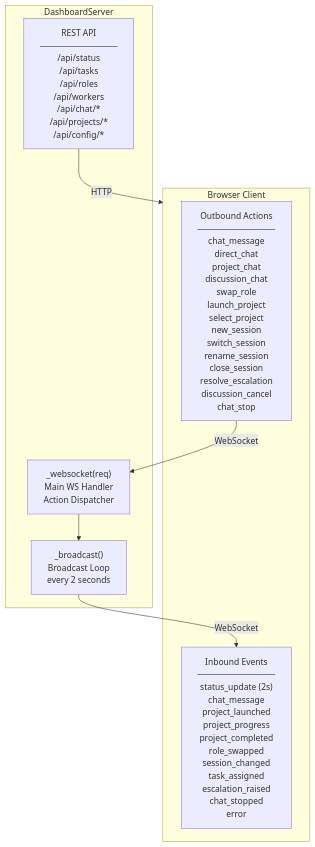
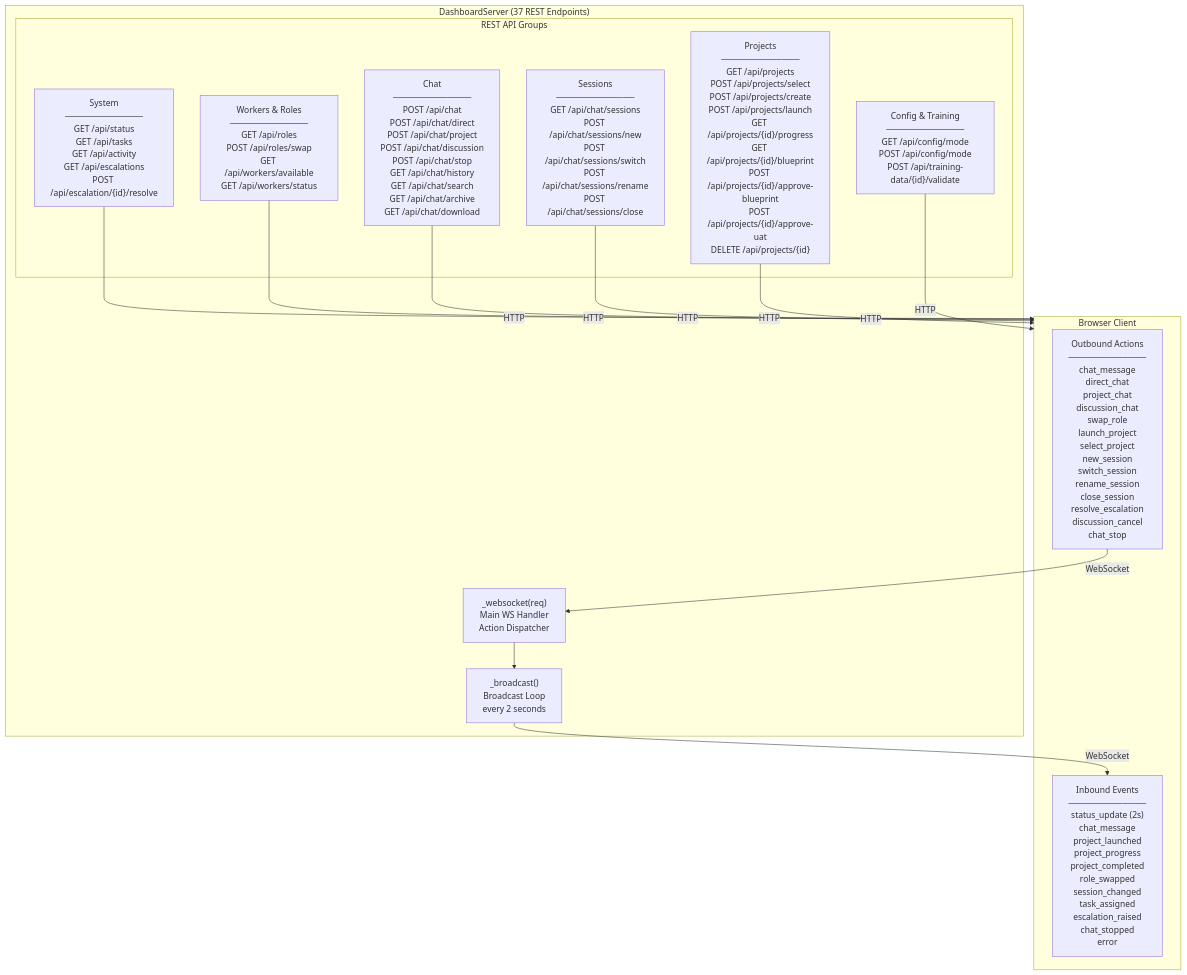
One commit to ai-meharbnsingh/llms_together changed the ninth of 14 diagrams in DaC_diagram.md. Above: the diagram before and after it, drawn with Mermaid. The commit also changed other lines of this file and 22 other files, not shown here.

````diff
--- a/DaC_diagram.md
+++ b/DaC_diagram.md
@@ -432,18 +580,25 @@
 ```mermaid
 graph TB
     subgraph CLIENT["Browser Client"]
         WS_OUT["Outbound Actions\n─────────────\nchat_message\ndirect_chat\nproject_chat\ndiscussion_chat\nswap_role\nlaunch_project\nselect_project\nnew_session\nswitch_session\nrename_session\nclose_session\nresolve_escalation\ndiscussion_cancel\nchat_stop"]
         WS_IN["Inbound Events\n─────────────\nstatus_update (2s)\nchat_message\nproject_launched\nproject_progress\nproject_completed\nrole_swapped\nsession_changed\ntask_assigned\nescalation_raised\nchat_stopped\nerror"]
     end
 
-    subgraph SERVER["DashboardServer"]
+    subgraph SERVER["DashboardServer (37 REST Endpoints)"]
         WS_HANDLER["_websocket(req)\nMain WS Handler\nAction Dispatcher"]
         BROADCAST["_broadcast()\nBroadcast Loop\nevery 2 seconds"]
-        REST["REST API\n─────────────\n/api/status\n/api/tasks\n/api/roles\n/api/workers\n/api/chat/*\n/api/projects/*\n/api/config/*"]
+        subgraph REST_API["REST API Groups"]
+            R_STATUS["System\n─────────────\nGET /api/status\nGET /api/tasks\nGET /api/activity\nGET /api/escalations\nPOST /api/escalation/{id}/resolve"]
+            R_WORKERS["Workers & Roles\n─────────────\nGET /api/roles\nPOST /api/roles/swap\nGET /api/workers/available\nGET /api/workers/status"]
+            R_CHAT["Chat\n─────────────\nPOST /api/chat\nPOST /api/chat/direct\nPOST /api/chat/project\nPOST /api/chat/discussion\nPOST /api/chat/stop\nGET /api/chat/history\nGET /api/chat/search\nGET /api/chat/archive\nGET /api/chat/download"]
+            R_SESSION["Sessions\n─────────────\nGET /api/chat/sessions\nPOST /api/chat/sessions/new\nPOST /api/chat/sessions/switch\nPOST /api/chat/sessions/rename\nPOST /api/chat/sessions/close"]
+            R_PROJECT["Projects\n─────────────\nGET /api/projects\nPOST /api/projects/select\nPOST /api/projects/create\nPOST /api/projects/launch\nGET /api/projects/{id}/progress\nGET /api/projects/{id}/blueprint\nPOST /api/projects/{id}/approve-blueprint\nPOST /api/projects/{id}/approve-uat\nDELETE /api/projects/{id}"]
+            R_CONFIG["Config & Training\n─────────────\nGET /api/config/mode\nPOST /api/config/mode\nPOST /api/training-data/{id}/validate"]
+        end
     end
 
     WS_OUT -->|"WebSocket"| WS_HANDLER
     WS_HANDLER --> BROADCAST
     BROADCAST -->|"WebSocket"| WS_IN
-    REST -->|"HTTP"| CLIENT
+    R_STATUS & R_WORKERS & R_CHAT & R_SESSION & R_PROJECT & R_CONFIG -->|"HTTP"| CLIENT
 ```
````
